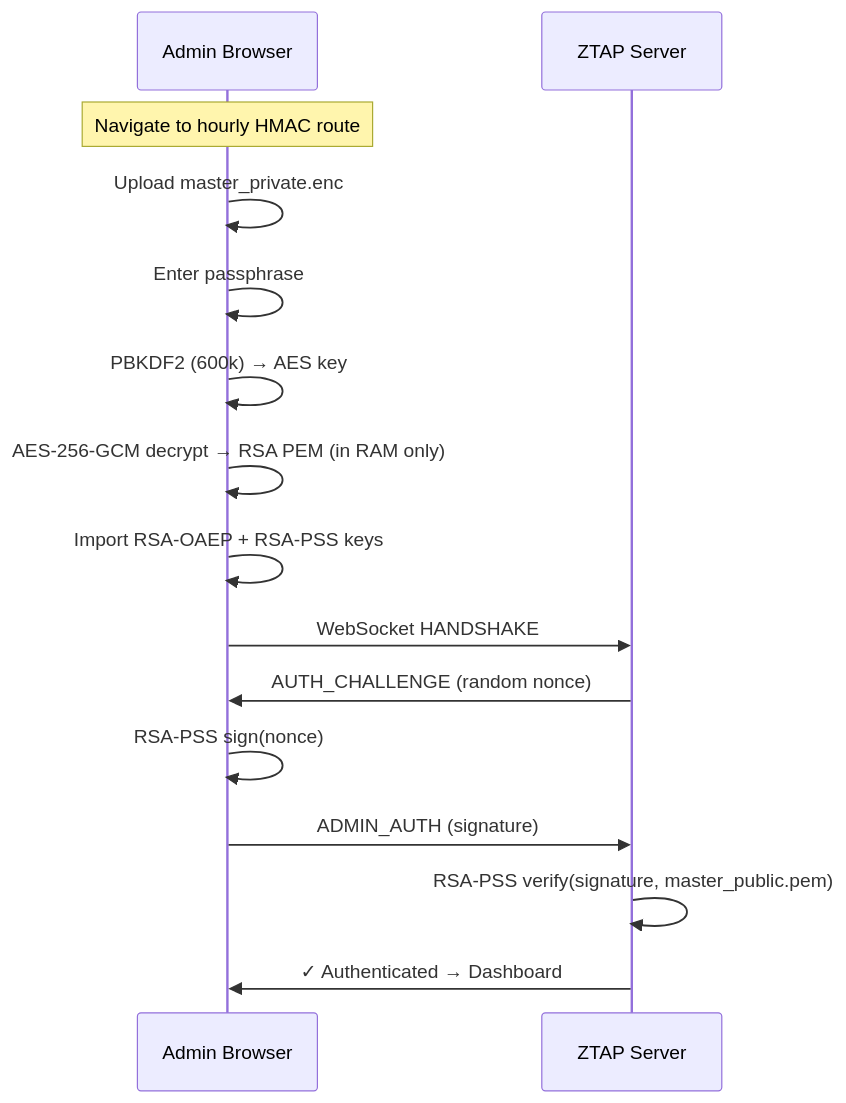
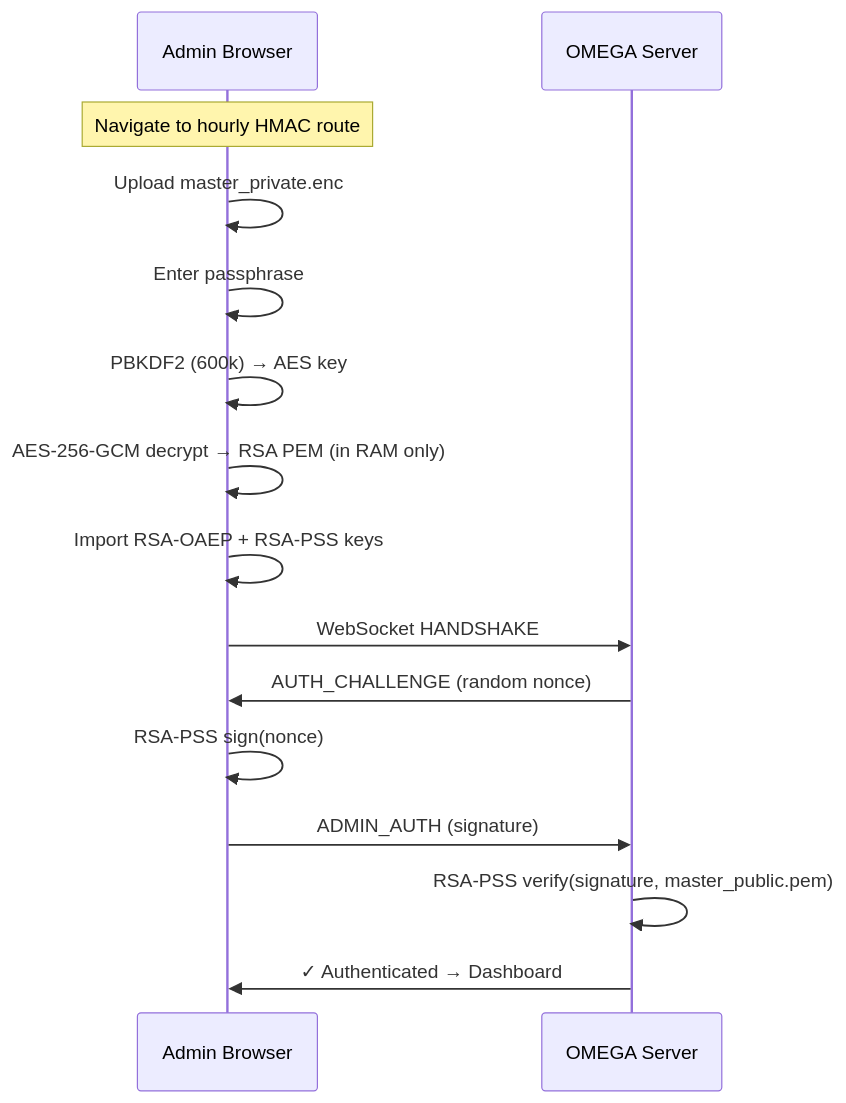
One commit to Noir0x63/-ZTAP-Protocol changed the second of 2 diagrams in README.md. Above: the diagram before and after it, drawn with Mermaid. The commit also changed other lines of this file and 20 other files, not shown here.

````diff
--- a/README.md
+++ b/README.md
@@ -98,18 +98,18 @@
 ```mermaid
 sequenceDiagram
-    participant A as Admin Browser
-    participant S as ZTAP Server
+    participant Admin as Admin Browser
+    participant Server as OMEGA Server
     
-    Note over A: Navigate to hourly HMAC route
-    A->>A: Upload master_private.enc
-    A->>A: Enter passphrase
-    A->>A: PBKDF2 (600k) → AES key
-    A->>A: AES-256-GCM decrypt → RSA PEM (in RAM only)
-    A->>A: Import RSA-OAEP + RSA-PSS keys
-    A->>S: WebSocket HANDSHAKE
-    S->>A: AUTH_CHALLENGE (random nonce)
-    A->>A: RSA-PSS sign(nonce)
-    A->>S: ADMIN_AUTH (signature)
-    S->>S: RSA-PSS verify(signature, master_public.pem)
-    S->>A: ✓ Authenticated → Dashboard
+    Note over Admin: Navigate to hourly HMAC route
+    Admin->>Admin: Upload master_private.enc
+    Admin->>Admin: Enter passphrase
+    Admin->>Admin: PBKDF2 (600k) → AES key
+    Admin->>Admin: AES-256-GCM decrypt → RSA PEM (in RAM only)
+    Admin->>Admin: Import RSA-OAEP + RSA-PSS keys
+    Admin->>Server: WebSocket HANDSHAKE
+    Server->>Admin: AUTH_CHALLENGE (random nonce)
+    Admin->>Admin: RSA-PSS sign(nonce)
+    Admin->>Server: ADMIN_AUTH (signature)
+    Server->>Server: RSA-PSS verify(signature, master_public.pem)
+    Server->>Admin: ✓ Authenticated → Dashboard
 ```
````
